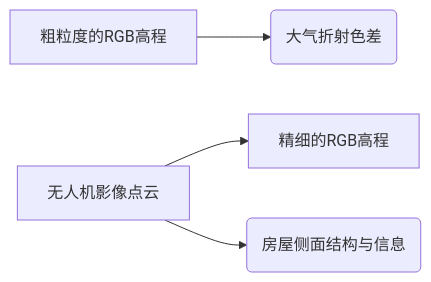
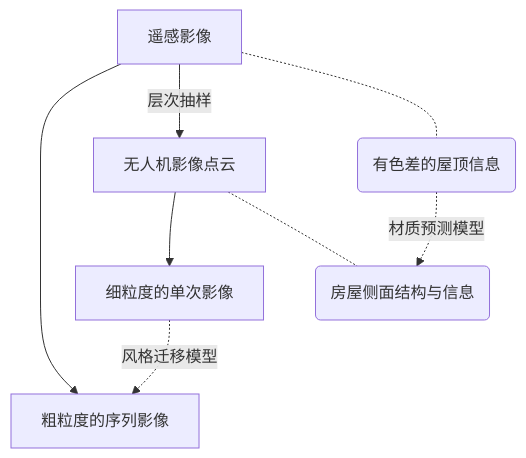
One commit to SmartDataLab/DRT-SHARE changed the diagram in remote_transfer.mmd. Above: the diagram before and after it, drawn with Mermaid. The commit also changed 5 other files, not shown here.

```diff
--- a/remote_transfer.mmd
+++ b/remote_transfer.mmd
@@ -1,4 +1,8 @@
-graph LR;
-    A[粗粒度的RGB高程]-->B(大气折射色差);
-    C[无人机影像点云]-->D[精细的RGB高程];
-    C-->E(房屋侧面结构与信息);
+graph TD;
+    F[遥感影像]-->A[粗粒度的序列影像];
+    C[无人机影像点云]-->D[细粒度的单次影像];
+    D-. 风格迁移模型 .->A;
+    F-- 层次抽样 -->C;
+    F -.- B(有色差的屋顶信息);
+    C -.- E(房屋侧面结构与信息);
+    B-. 材质预测模型 .->E;
```
